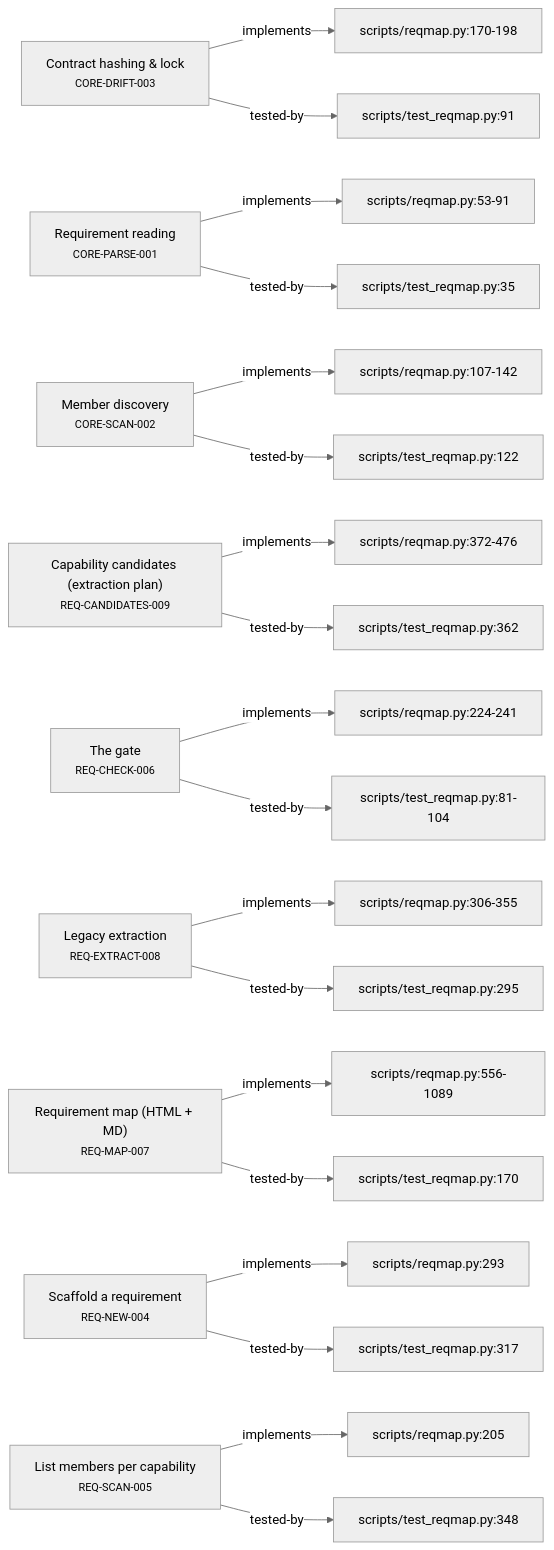
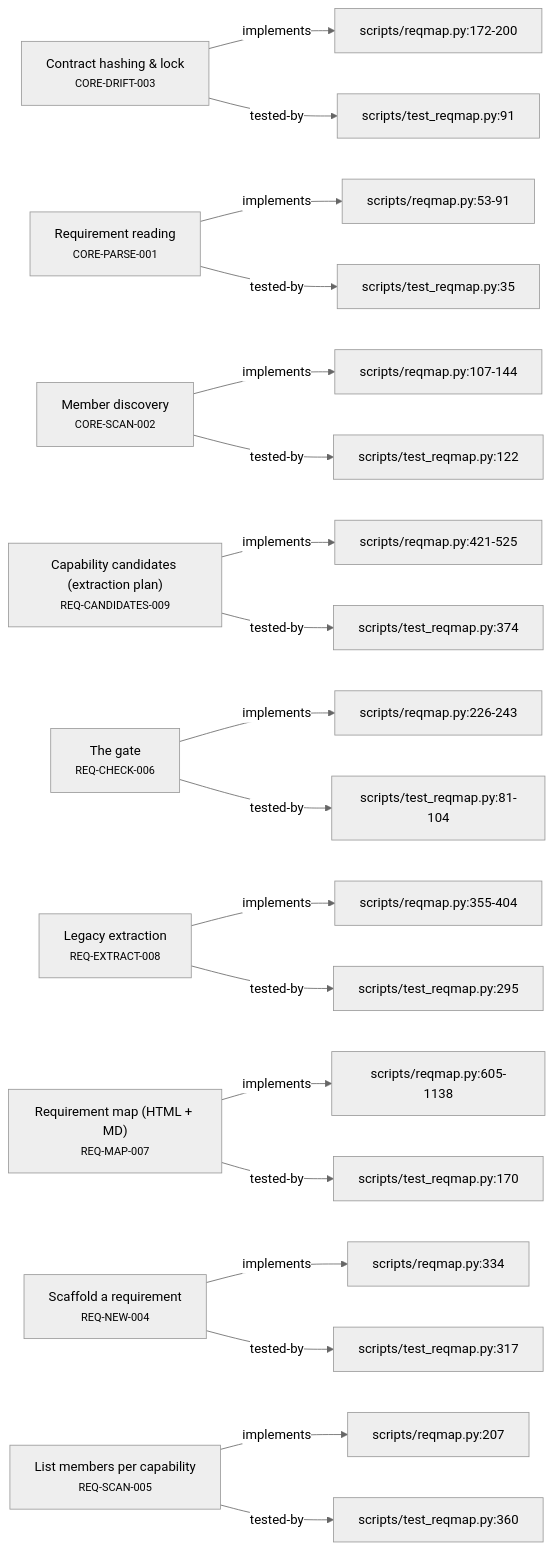
The second of 5 diagrams in plugin/requirements/_map.md (alxmax/Requirement-manager), drawn with Mermaid (neutral theme) before and after one commit. The commit also changed other lines of this file and 7 other files, not shown here.

````diff
--- a/plugin/requirements/_map.md
+++ b/plugin/requirements/_map.md
@@ -37,48 +37,48 @@
 ```mermaid
 graph LR
   CORE_DRIFT_003["Contract hashing & lock<br><small>CORE-DRIFT-003</small>"]
-  f_scripts_reqmap_py_170_198["scripts/reqmap.py:170-198"]
-  CORE_DRIFT_003 -->|implements| f_scripts_reqmap_py_170_198
+  f_scripts_reqmap_py_172_200["scripts/reqmap.py:172-200"]
+  CORE_DRIFT_003 -->|implements| f_scripts_reqmap_py_172_200
   f_scripts_test_reqmap_py_91["scripts/test_reqmap.py:91"]
   CORE_DRIFT_003 -->|tested-by| f_scripts_test_reqmap_py_91
   CORE_PARSE_001["Requirement reading<br><small>CORE-PARSE-001</small>"]
   f_scripts_reqmap_py_53_91["scripts/reqmap.py:53-91"]
   CORE_PARSE_001 -->|implements| f_scripts_reqmap_py_53_91
   f_scripts_test_reqmap_py_35["scripts/test_reqmap.py:35"]
   CORE_PARSE_001 -->|tested-by| f_scripts_test_reqmap_py_35
   CORE_SCAN_002["Member discovery<br><small>CORE-SCAN-002</small>"]
-  f_scripts_reqmap_py_107_142["scripts/reqmap.py:107-142"]
-  CORE_SCAN_002 -->|implements| f_scripts_reqmap_py_107_142
+  f_scripts_reqmap_py_107_144["scripts/reqmap.py:107-144"]
+  CORE_SCAN_002 -->|implements| f_scripts_reqmap_py_107_144
   f_scripts_test_reqmap_py_122["scripts/test_reqmap.py:122"]
   CORE_SCAN_002 -->|tested-by| f_scripts_test_reqmap_py_122
   REQ_CANDIDATES_009["Capability candidates (extraction plan)<br><small>REQ-CANDIDATES-009</small>"]
-  f_scripts_reqmap_py_372_476["scripts/reqmap.py:372-476"]
-  REQ_CANDIDATES_009 -->|implements| f_scripts_reqmap_py_372_476
-  f_scripts_test_reqmap_py_362["scripts/test_reqmap.py:362"]
-  REQ_CANDIDATES_009 -->|tested-by| f_scripts_test_reqmap_py_362
+  f_scripts_reqmap_py_421_525["scripts/reqmap.py:421-525"]
+  REQ_CANDIDATES_009 -->|implements| f_scripts_reqmap_py_421_525
+  f_scripts_test_reqmap_py_374["scripts/test_reqmap.py:374"]
+  REQ_CANDIDATES_009 -->|tested-by| f_scripts_test_reqmap_py_374
   REQ_CHECK_006["The gate<br><small>REQ-CHECK-006</small>"]
-  f_scripts_reqmap_py_224_241["scripts/reqmap.py:224-241"]
-  REQ_CHECK_006 -->|implements| f_scripts_reqmap_py_224_241
+  f_scripts_reqmap_py_226_243["scripts/reqmap.py:226-243"]
+  REQ_CHECK_006 -->|implements| f_scripts_reqmap_py_226_243
   f_scripts_test_reqmap_py_81_104["scripts/test_reqmap.py:81-104"]
   REQ_CHECK_006 -->|tested-by| f_scripts_test_reqmap_py_81_104
   REQ_EXTRACT_008["Legacy extraction<br><small>REQ-EXTRACT-008</small>"]
-  f_scripts_reqmap_py_306_355["scripts/reqmap.py:306-355"]
-  REQ_EXTRACT_008 -->|implements| f_scripts_reqmap_py_306_355
+  f_scripts_reqmap_py_355_404["scripts/reqmap.py:355-404"]
+  REQ_EXTRACT_008 -->|implements| f_scripts_reqmap_py_355_404
   f_scripts_test_reqmap_py_295["scripts/test_reqmap.py:295"]
   REQ_EXTRACT_008 -->|tested-by| f_scripts_test_reqmap_py_295
   REQ_MAP_007["Requirement map (HTML + MD)<br><small>REQ-MAP-007</small>"]
-  f_scripts_reqmap_py_556_1089["scripts/reqmap.py:556-1089"]
-  REQ_MAP_007 -->|implements| f_scripts_reqmap_py_556_1089
+  f_scripts_reqmap_py_605_1138["scripts/reqmap.py:605-1138"]
+  REQ_MAP_007 -->|implements| f_scripts_reqmap_py_605_1138
   f_scripts_test_reqmap_py_170["scripts/test_reqmap.py:170"]
   REQ_MAP_007 -->|tested-by| f_scripts_test_reqmap_py_170
   REQ_NEW_004["Scaffold a requirement<br><small>REQ-NEW-004</small>"]
-  f_scripts_reqmap_py_293["scripts/reqmap.py:293"]
-  REQ_NEW_004 -->|implements| f_scripts_reqmap_py_293
+  f_scripts_reqmap_py_334["scripts/reqmap.py:334"]
+  REQ_NEW_004 -->|implements| f_scripts_reqmap_py_334
   f_scripts_test_reqmap_py_317["scripts/test_reqmap.py:317"]
   REQ_NEW_004 -->|tested-by| f_scripts_test_reqmap_py_317
   REQ_SCAN_005["List members per capability<br><small>REQ-SCAN-005</small>"]
-  f_scripts_reqmap_py_205["scripts/reqmap.py:205"]
-  REQ_SCAN_005 -->|implements| f_scripts_reqmap_py_205
-  f_scripts_test_reqmap_py_348["scripts/test_reqmap.py:348"]
-  REQ_SCAN_005 -->|tested-by| f_scripts_test_reqmap_py_348
+  f_scripts_reqmap_py_207["scripts/reqmap.py:207"]
+  REQ_SCAN_005 -->|implements| f_scripts_reqmap_py_207
+  f_scripts_test_reqmap_py_360["scripts/test_reqmap.py:360"]
+  REQ_SCAN_005 -->|tested-by| f_scripts_test_reqmap_py_360
 ```
````
